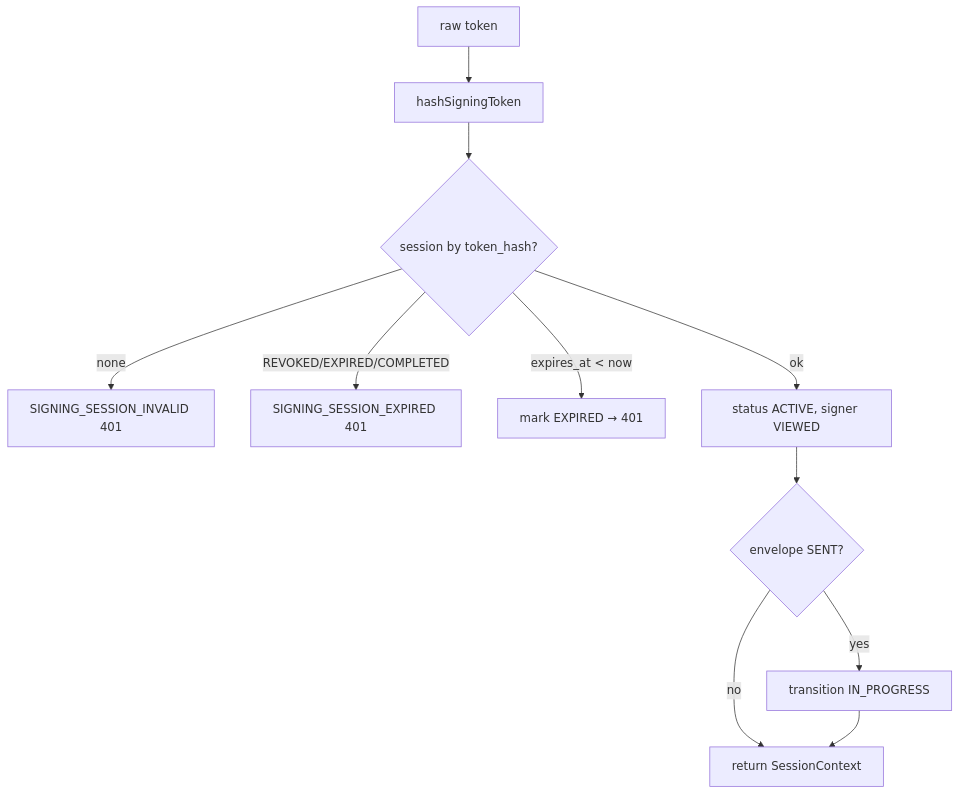
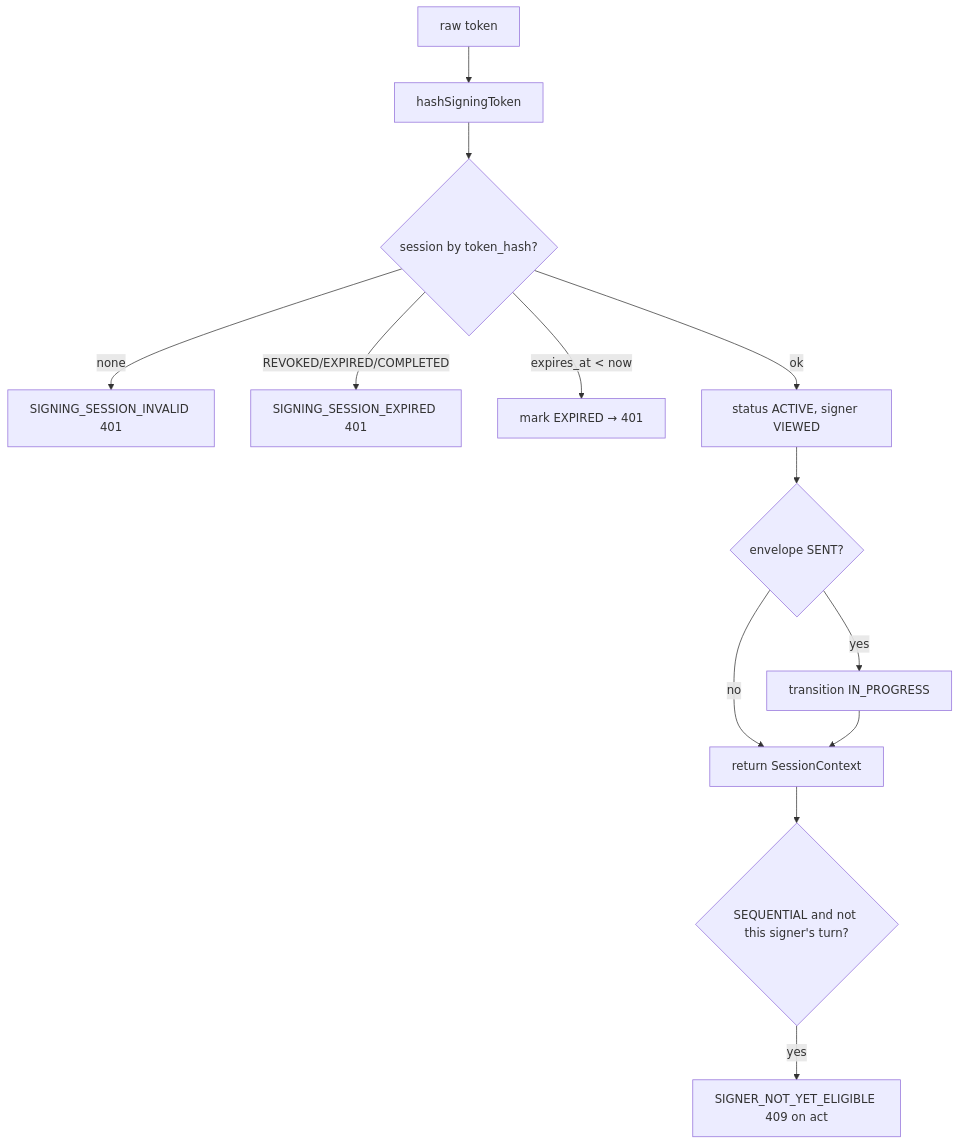
One commit to astreinc/aramo-platform changed the fourth of 5 diagrams in doc/recon/as-built/D10-documents-esignature.md. Above: the diagram before and after it, drawn with Mermaid. The commit also changed other lines of this file and 59 other files, not shown here.

````diff
--- a/doc/recon/as-built/D10-documents-esignature.md
+++ b/doc/recon/as-built/D10-documents-esignature.md
@@ -255,13 +405,15 @@
 ```mermaid
 flowchart TD
   A[raw token] --> B[hashSigningToken]
   B --> C{session by token_hash?}
   C -- none --> E1[SIGNING_SESSION_INVALID 401]
   C -- REVOKED/EXPIRED/COMPLETED --> E2[SIGNING_SESSION_EXPIRED 401]
   C -- expires_at < now --> E3[mark EXPIRED → 401]
   C -- ok --> D[status ACTIVE, signer VIEWED]
   D --> F{envelope SENT?}
   F -- yes --> G[transition IN_PROGRESS]
   F -- no --> H[return SessionContext]
   G --> H
+  H --> I{SEQUENTIAL and not this signer's turn?}
+  I -- yes --> E4[SIGNER_NOT_YET_ELIGIBLE 409 on act]
 ```
````
